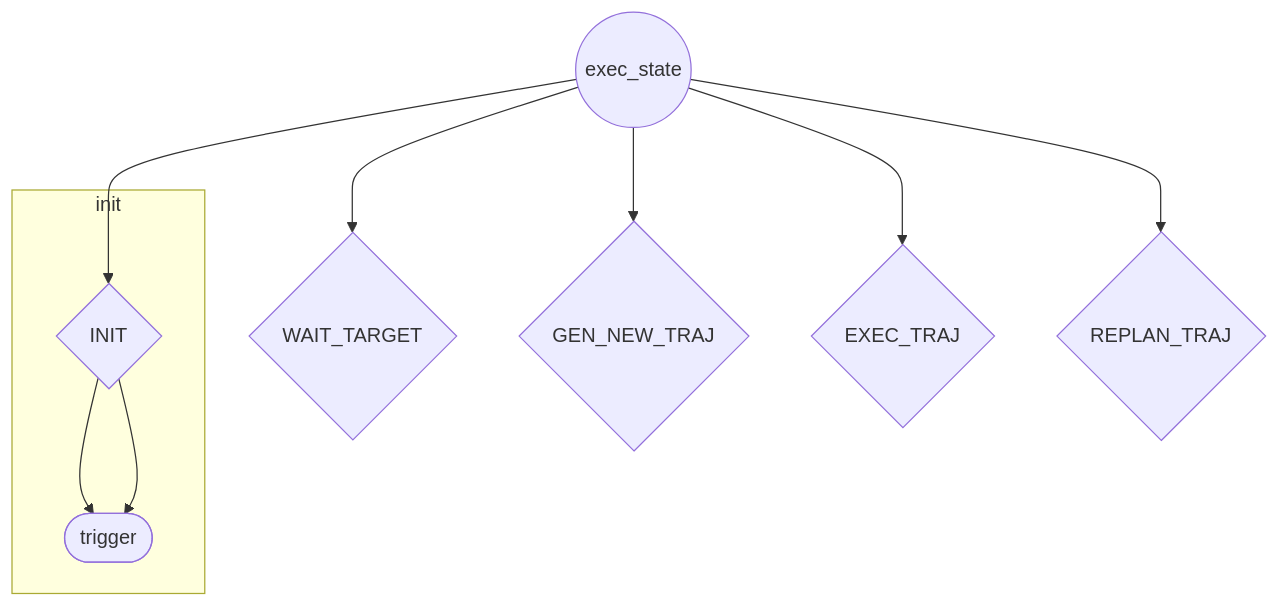
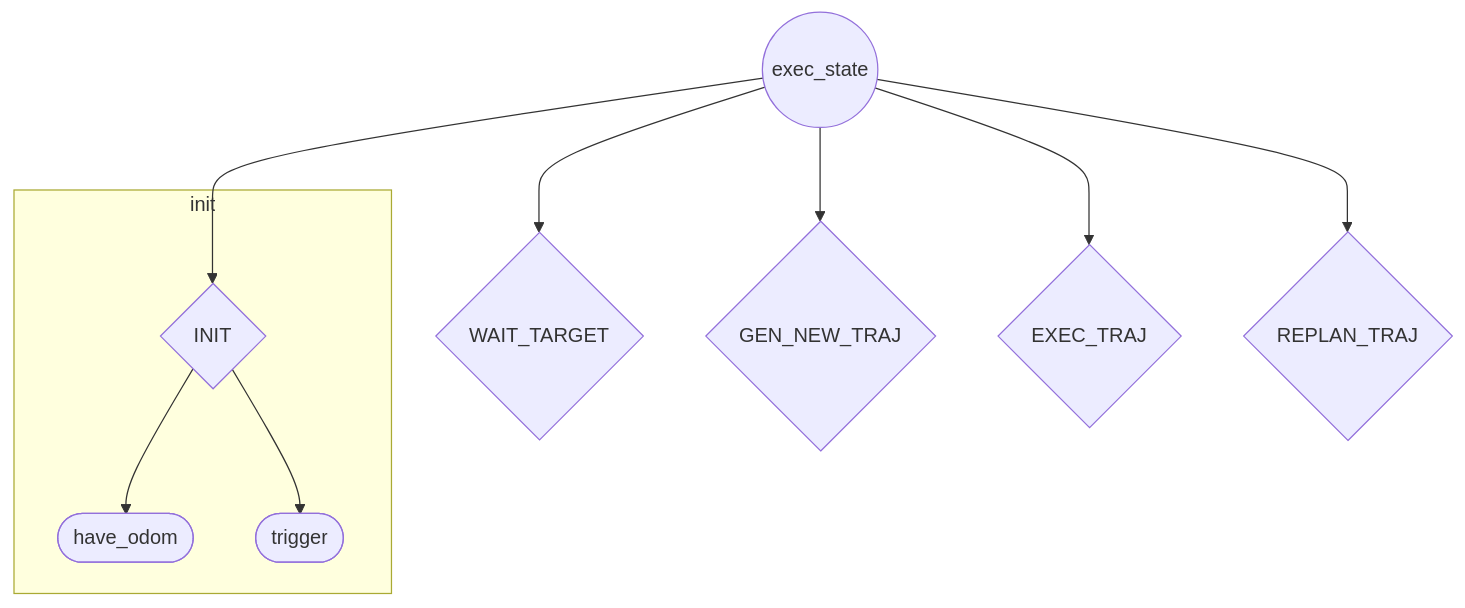
The first of 2 diagrams in sp_code/create_table.md (Dieptranivsr/drone_extend), drawn with Mermaid before and after one commit.

````diff
--- a/sp_code/create_table.md
+++ b/sp_code/create_table.md
@@ -1,12 +1,12 @@
 ```mermaid
 flowchart TD
     id1((exec_state)) --> id2{INIT}
     id1 --> id3{WAIT_TARGET}
     id1 --> id4{GEN_NEW_TRAJ}
     id1 --> id5{EXEC_TRAJ}
     id1 --> id6{REPLAN_TRAJ}
     subgraph init
         id2 --> id7([have_odom])
-        id2 --> id7([trigger])
+        id2 --> id8([trigger])
     end
 ```
````
